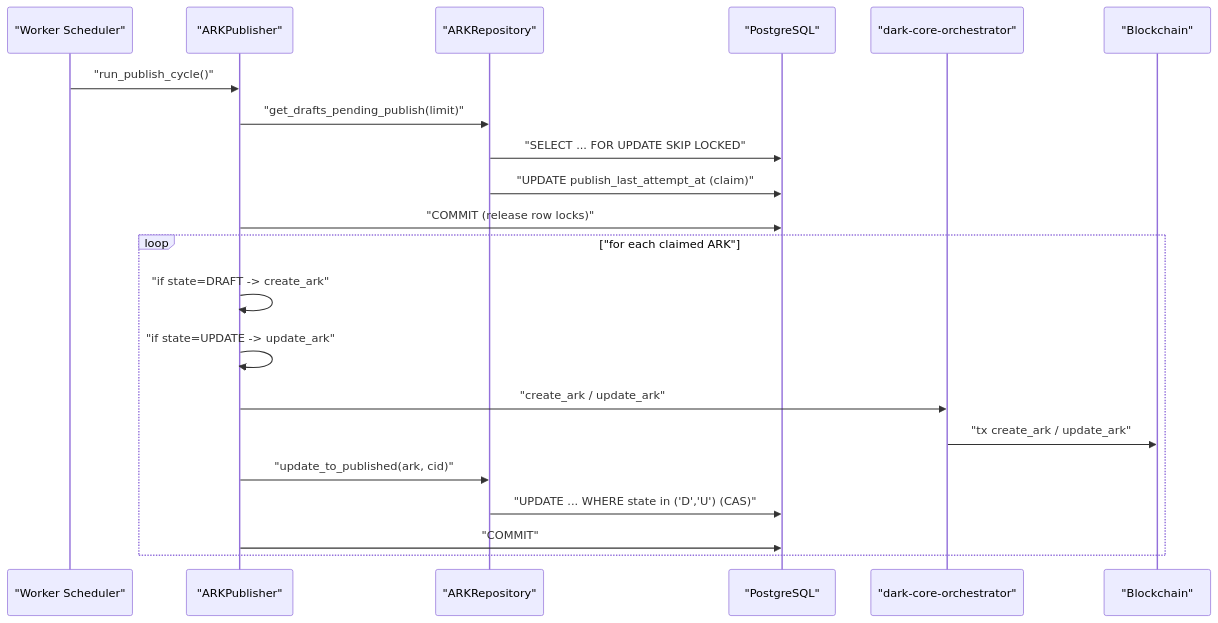
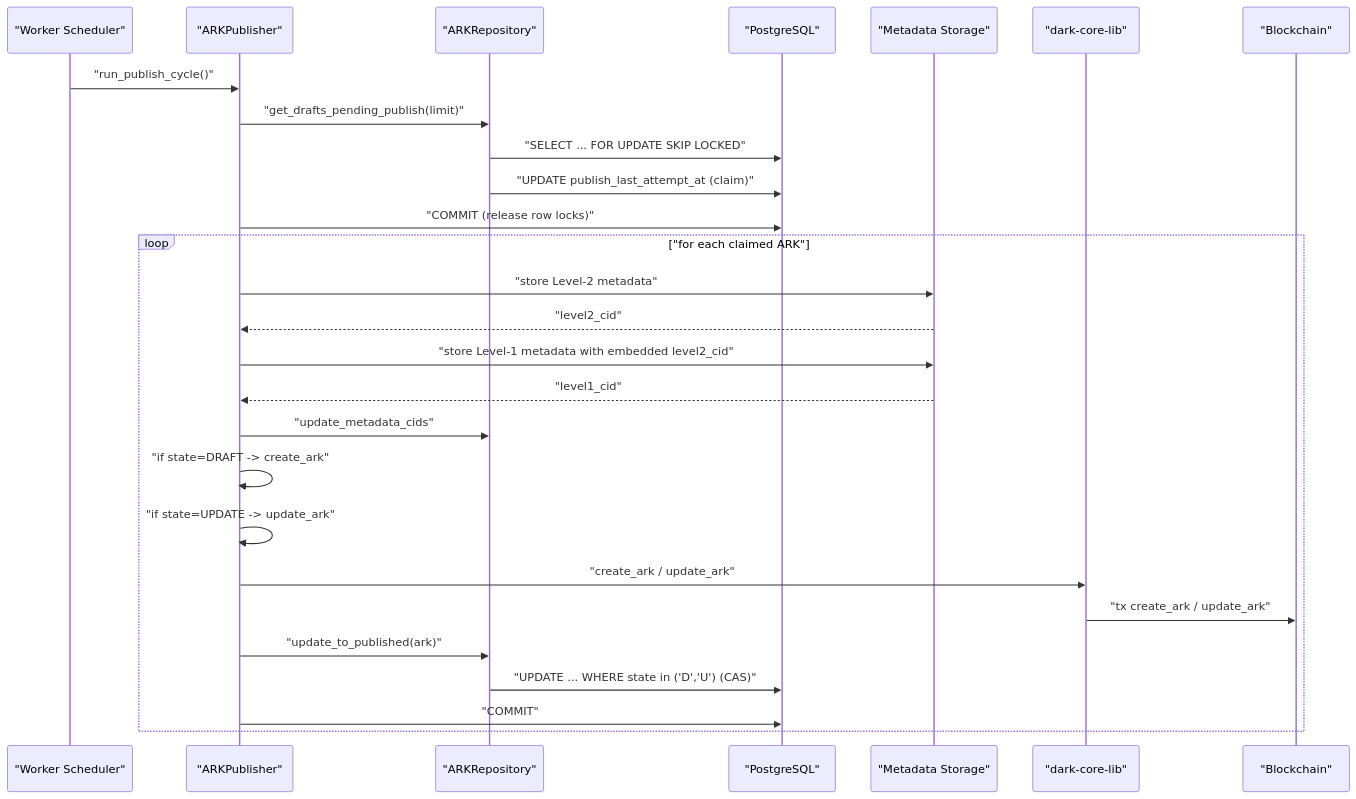
Before and after one commit to LA-Referencia-IOI/dark-core-minter-api: the fourth of 9 diagrams in minter-architecture.md, drawn with Mermaid. The commit also changed other lines of this file and 37 other files, not shown here.

First line of the commit message:
Migrate from orchestrator to dark-core-lib client

````diff
--- a/minter-architecture.md
+++ b/minter-architecture.md
@@ -85,25 +84,31 @@
 ```mermaid
 sequenceDiagram
     participant W as "Worker Scheduler"
     participant Pub as "ARKPublisher"
     participant ARepo as "ARKRepository"
     participant DB as "PostgreSQL"
-    participant ORCH as "dark-core-orchestrator"
+    participant ST as "Metadata Storage"
+    participant CORE as "dark-core-lib"
     participant CHAIN as "Blockchain"
 
     W->>Pub: "run_publish_cycle()"
     Pub->>ARepo: "get_drafts_pending_publish(limit)"
     ARepo->>DB: "SELECT ... FOR UPDATE SKIP LOCKED"
     ARepo->>DB: "UPDATE publish_last_attempt_at (claim)"
     Pub->>DB: "COMMIT (release row locks)"
 
     loop "for each claimed ARK"
+        Pub->>ST: "store Level-2 metadata"
+        ST-->>Pub: "level2_cid"
+        Pub->>ST: "store Level-1 metadata with embedded level2_cid"
+        ST-->>Pub: "level1_cid"
+        Pub->>ARepo: "update_metadata_cids"
         Pub->>Pub: "if state=DRAFT -> create_ark"
         Pub->>Pub: "if state=UPDATE -> update_ark"
-        Pub->>ORCH: "create_ark / update_ark"
-        ORCH->>CHAIN: "tx create_ark / update_ark"
-        Pub->>ARepo: "update_to_published(ark, cid)"
+        Pub->>CORE: "create_ark / update_ark"
+        CORE->>CHAIN: "tx create_ark / update_ark"
+        Pub->>ARepo: "update_to_published(ark)"
         ARepo->>DB: "UPDATE ... WHERE state in ('D','U') (CAS)"
         Pub->>DB: "COMMIT"
     end
 ```
````
